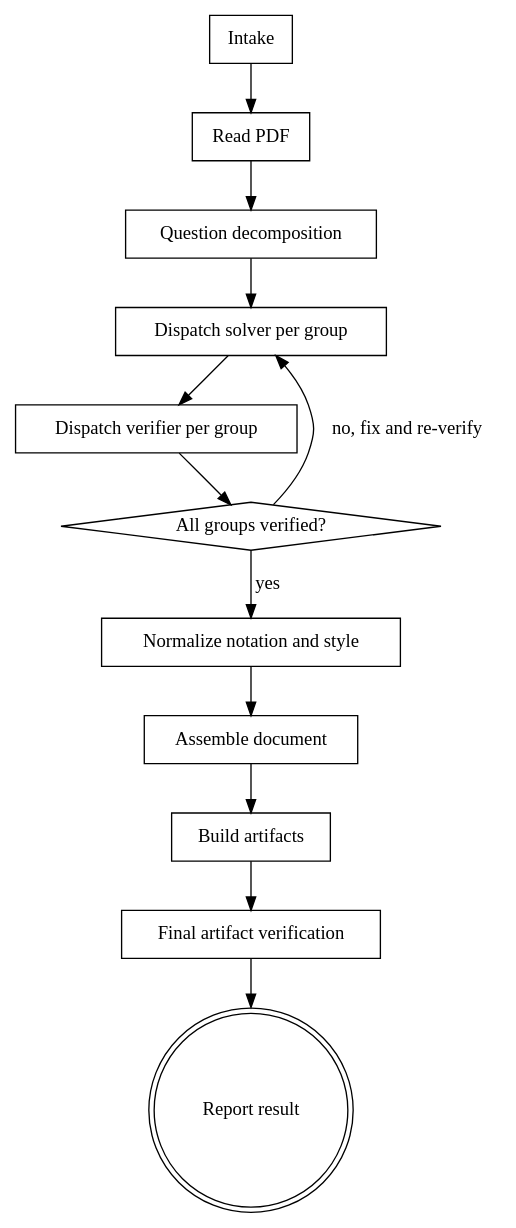
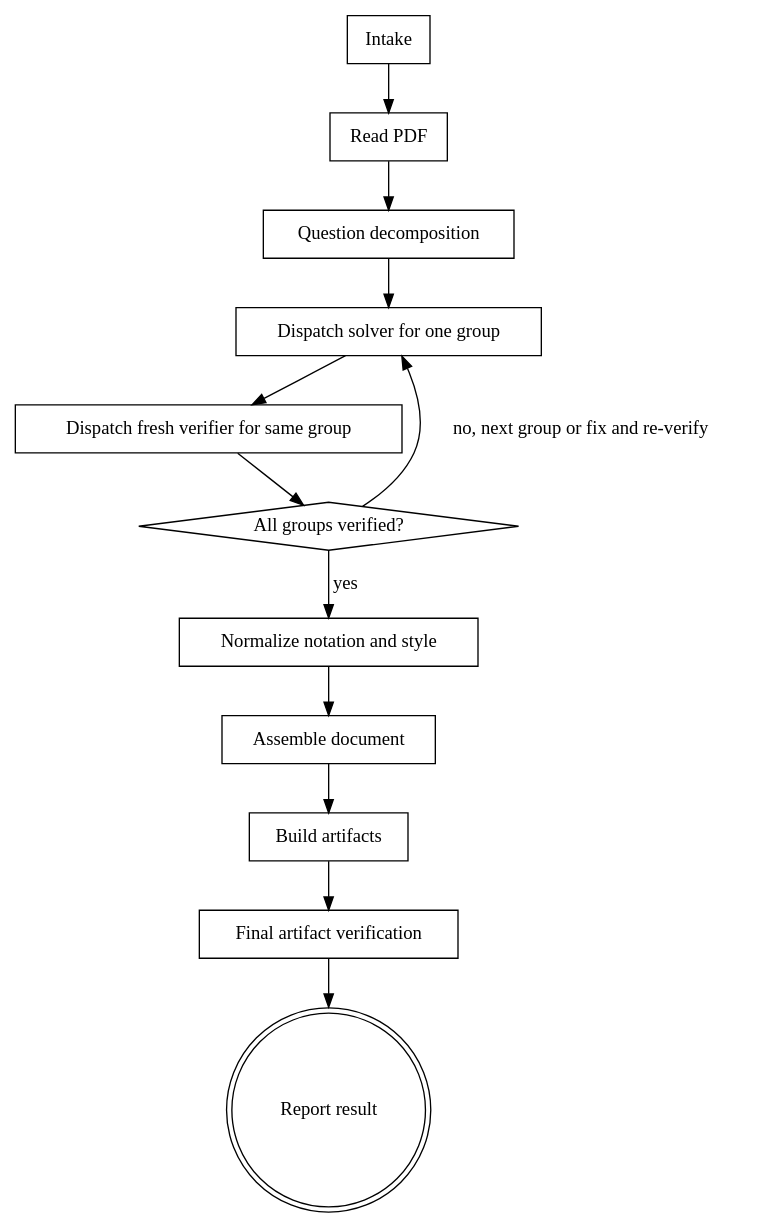
Before and after one commit to Li-Baichuan-James/homework-skill: the diagram in SKILL.md, drawn with Graphviz. The commit also changed other lines of this file and 1 other file, not shown here.

Commit message:
Tighten homework-solver workflow contracts

````diff
--- a/SKILL.md
+++ b/SKILL.md
@@ -69,27 +77,27 @@
 ```dot
 digraph homework_solver_flow {
     "Intake" [shape=box];
     "Read PDF" [shape=box];
     "Question decomposition" [shape=box];
-    "Dispatch solver per group" [shape=box];
-    "Dispatch verifier per group" [shape=box];
+    "Dispatch solver for one group" [shape=box];
+    "Dispatch fresh verifier for same group" [shape=box];
     "All groups verified?" [shape=diamond];
     "Normalize notation and style" [shape=box];
     "Assemble document" [shape=box];
     "Build artifacts" [shape=box];
     "Final artifact verification" [shape=box];
     "Report result" [shape=doublecircle];
 
     "Intake" -> "Read PDF";
     "Read PDF" -> "Question decomposition";
-    "Question decomposition" -> "Dispatch solver per group";
-    "Dispatch solver per group" -> "Dispatch verifier per group";
-    "Dispatch verifier per group" -> "All groups verified?";
-    "All groups verified?" -> "Dispatch solver per group" [label="no, fix and re-verify"];
+    "Question decomposition" -> "Dispatch solver for one group";
+    "Dispatch solver for one group" -> "Dispatch fresh verifier for same group";
+    "Dispatch fresh verifier for same group" -> "All groups verified?";
+    "All groups verified?" -> "Dispatch solver for one group" [label="no, next group or fix and re-verify"];
     "All groups verified?" -> "Normalize notation and style" [label="yes"];
     "Normalize notation and style" -> "Assemble document";
     "Assemble document" -> "Build artifacts";
     "Build artifacts" -> "Final artifact verification";
     "Final artifact verification" -> "Report result";
 }
 ```
````
